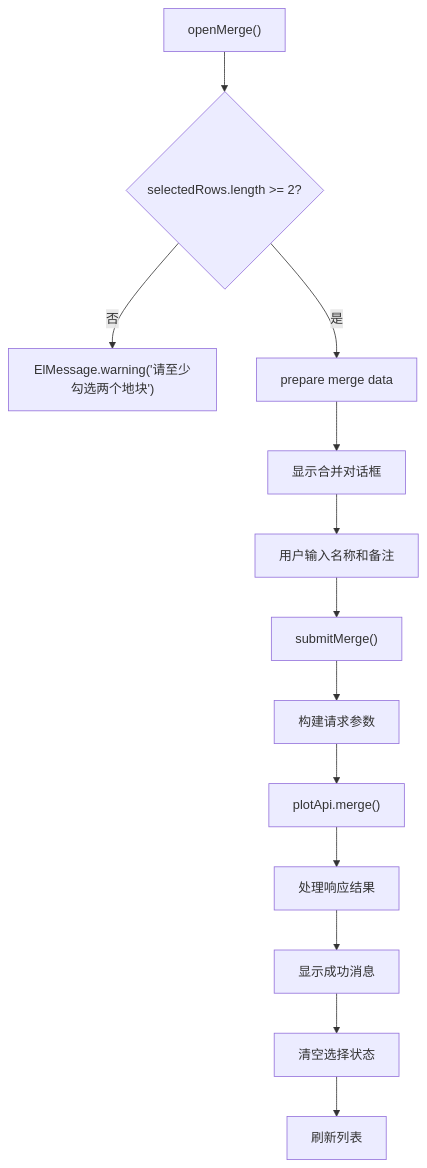
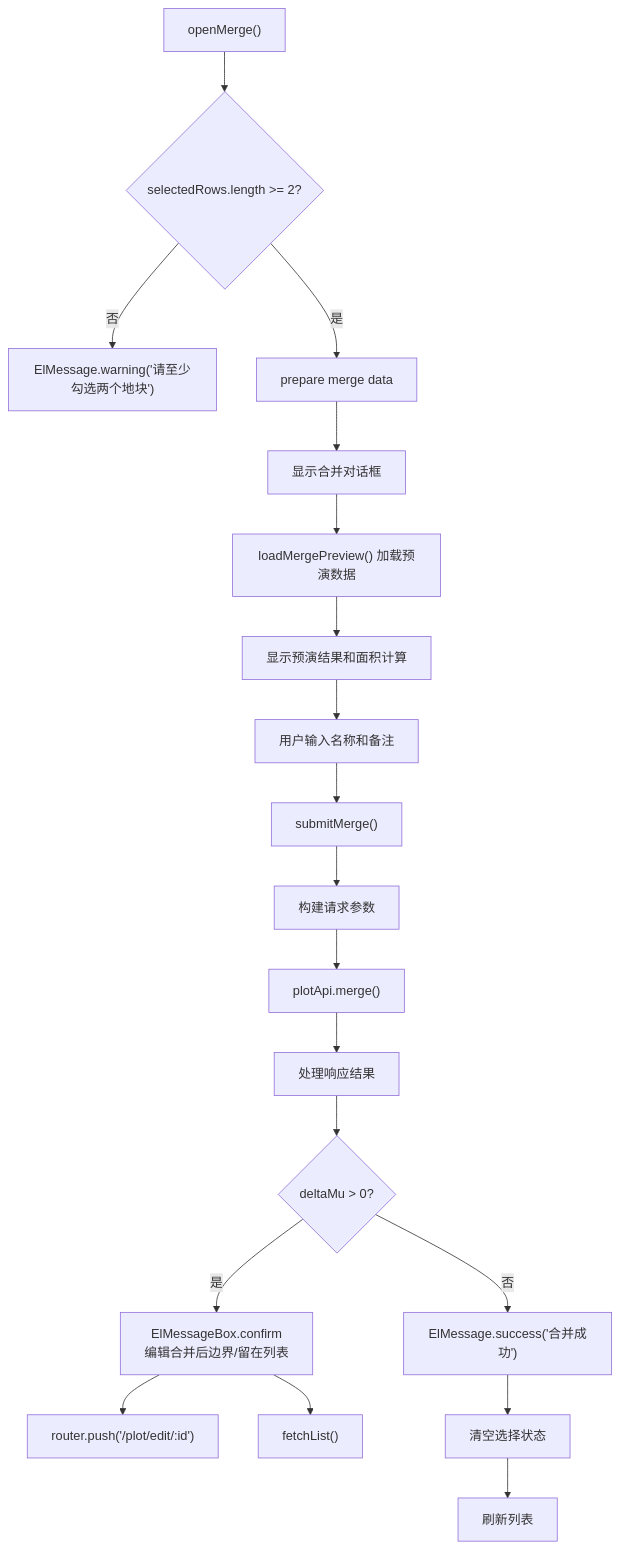
The ninth of 10 diagrams in .qoder/repowiki/zh/content/前端应用文档/核心页面/地块管理页面/地块列表页面.md (q446328246/agri-platform), drawn with Mermaid before and after one commit. The commit also changed other lines of this file and 4 other files, not shown here.

````diff
--- a/.qoder/repowiki/zh/content/前端应用文档/核心页面/地块管理页面/地块列表页面.md
+++ b/.qoder/repowiki/zh/content/前端应用文档/核心页面/地块管理页面/地块列表页面.md
@@ -337,15 +366,21 @@
 ```mermaid
 flowchart TD
 Open["openMerge()"] --> Validate{"selectedRows.length >= 2?"}
 Validate --> |否| Warn["ElMessage.warning('请至少勾选两个地块')"]
 Validate --> |是| Prepare["prepare merge data"]
 Prepare --> Dialog["显示合并对话框"]
-Dialog --> Input["用户输入名称和备注"]
+Dialog --> Preview["loadMergePreview() 加载预演数据"]
+Preview --> Display["显示预演结果和面积计算"]
+Display --> Input["用户输入名称和备注"]
 Input --> Submit["submitMerge()"]
 Submit --> BuildParams["构建请求参数"]
 BuildParams --> CallAPI["plotApi.merge()"]
 CallAPI --> HandleResult["处理响应结果"]
-HandleResult --> Success["显示成功消息"]
-Success --> ClearState["清空选择状态"]
+HandleResult --> DeltaCheck{"deltaMu > 0?"}
+DeltaCheck --> |是| ConfirmBox["ElMessageBox.confirm<br/>编辑合并后边界/留在列表"]
+DeltaCheck --> |否| SuccessMsg["ElMessage.success('合并成功')"]
+ConfirmBox --> Navigate["router.push('/plot/edit/:id')"]
+ConfirmBox --> StayList["fetchList()"]
+SuccessMsg --> ClearState["清空选择状态"]
 ClearState --> Refresh["刷新列表"]
 ```
````
